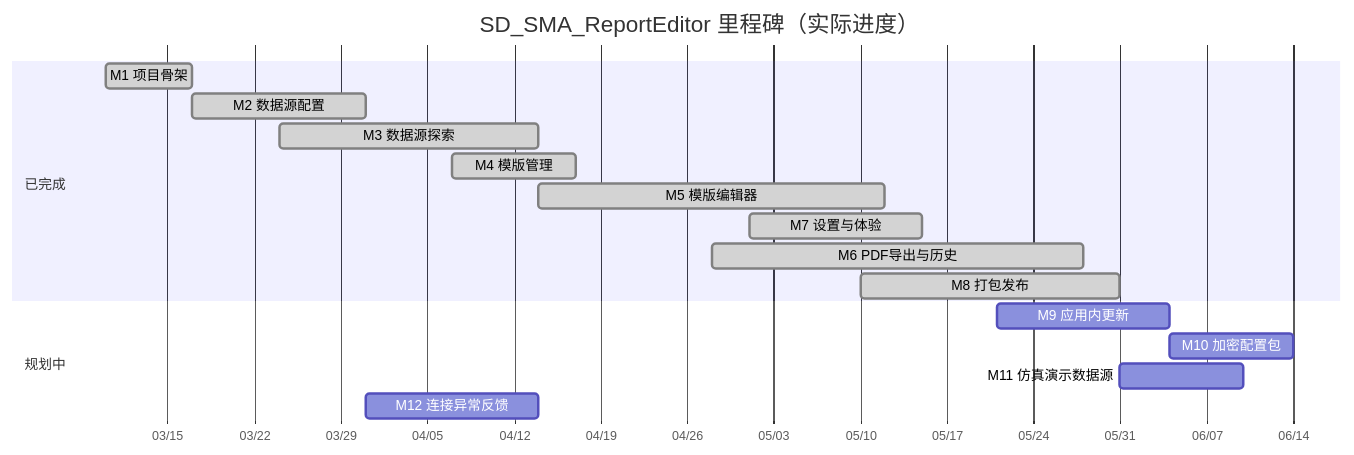
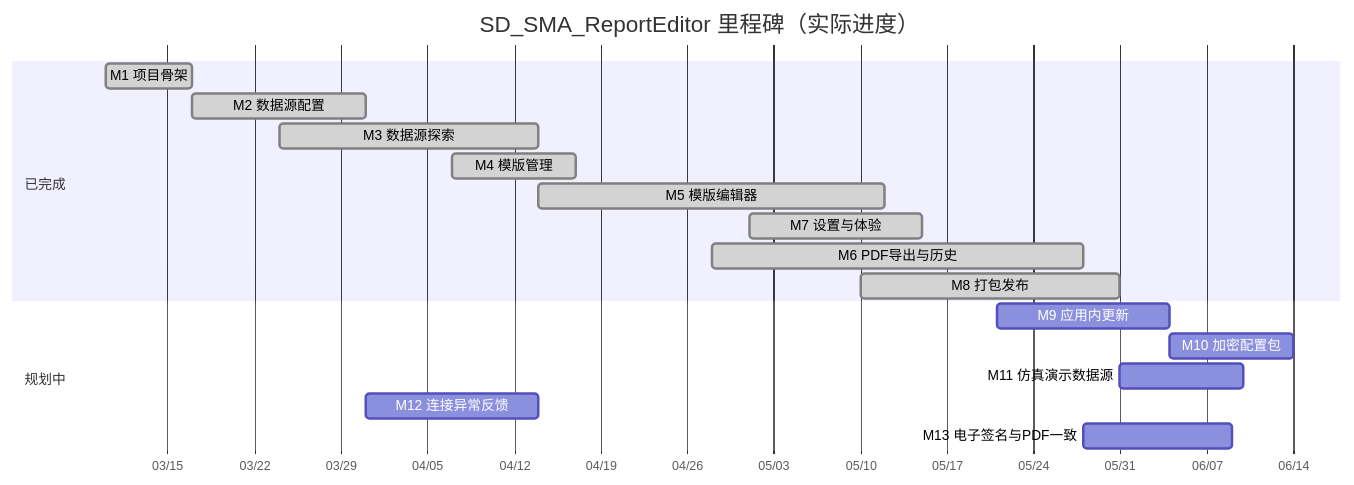
The first of 2 diagrams in _Prj/SD_SMA_ReportEditor/_Doc/002_里程碑与工单.md (cwjwudi/sma_data_collector), drawn with Mermaid before and after one commit. The commit also changed other lines of this file, not shown here.

````diff
--- a/_Prj/SD_SMA_ReportEditor/_Doc/002_里程碑与工单.md
+++ b/_Prj/SD_SMA_ReportEditor/_Doc/002_里程碑与工单.md
@@ -32,24 +33,25 @@
 ```mermaid
 gantt
     title SD_SMA_ReportEditor 里程碑（实际进度）
     dateFormat YYYY-MM-DD
     axisFormat %m/%d
 
     section 已完成
     M1 项目骨架           :done, m1, 2026-03-10, 7d
     M2 数据源配置         :done, m2, 2026-03-17, 14d
     M3 数据源探索         :done, m3, 2026-03-24, 21d
     M4 模版管理           :done, m4, 2026-04-07, 10d
     M5 模版编辑器         :done, m5, 2026-04-14, 28d
     M7 设置与体验         :done, m7, 2026-05-01, 14d
 
     section 已完成
     M6 PDF导出与历史      :done, m6, 2026-04-28, 30d
     M8 打包发布           :done, m8, 2026-05-10, 21d
 
     section 规划中
     M9 应用内更新         :m9, 2026-05-21, 14d
     M10 加密配置包        :m10, after m9, 10d
     M11 仿真演示数据源    :m11, after m8, 10d
     M12 连接异常反馈      :m12, after m2, 14d
+    M13 电子签名与PDF一致 :m13, after m6, 12d
 ```
````
